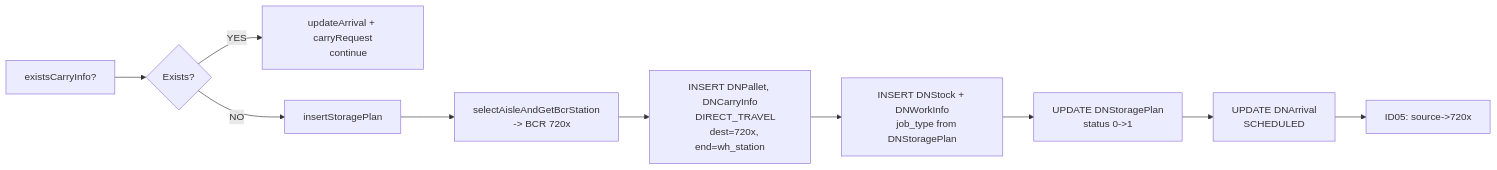
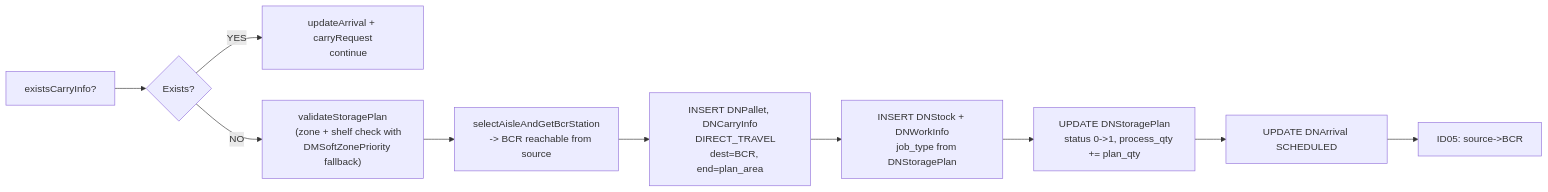
The fourth of 14 diagrams in Basic-Design/DFD-WMS/Storage/Storage-Process.md (luthfiadityaa/SimeDarby-Wiki), drawn with Mermaid before and after one commit. The commit also changed other lines of this file, not shown here.

Commit message:
storage process update

```diff
--- a/Basic-Design/DFD-WMS/Storage/Storage-Process.md
+++ b/Basic-Design/DFD-WMS/Storage/Storage-Process.md
@@ -207,19 +224,20 @@
 ::: mermaid
 flowchart LR
-    A[existsCarryInfo?] --> B{Exists?}
-    B -->|YES| C[updateArrival + carryRequest
-    continue]
-    B -->|NO| D[insertStoragePlan]
-    D --> E[selectAisleAndGetBcrStation
-    -> BCR 720x]
-    E --> F[INSERT DNPallet, DNCarryInfo
+    A["existsCarryInfo?"] --> B{Exists?}
+    B -->|YES| C["updateArrival + carryRequest
+    continue"]
+    B -->|NO| D["validateStoragePlan
+    (zone + shelf check with
+    DMSoftZonePriority fallback)"]
+    D --> E["selectAisleAndGetBcrStation
+    -> BCR reachable from source"]
+    E --> F["INSERT DNPallet, DNCarryInfo
     DIRECT_TRAVEL
-    dest=720x, end=wh_station]
-    F --> G[INSERT DNStock + DNWorkInfo
-    job_type from DNStoragePlan]
-    G --> H[UPDATE DNStoragePlan
-    status 0->1]
-    H --> I[UPDATE DNArrival
-    SCHEDULED]
-    I --> J[ID05: source->720x]
+    dest=BCR, end=plan_area"]
+    F --> G["INSERT DNStock + DNWorkInfo
+    job_type from DNStoragePlan"]
+    G --> H["UPDATE DNStoragePlan
+    status 0->1, process_qty += plan_qty"]
+    H --> I["UPDATE DNArrival SCHEDULED"]
+    I --> J["ID05: source->BCR"]
 :::
```
